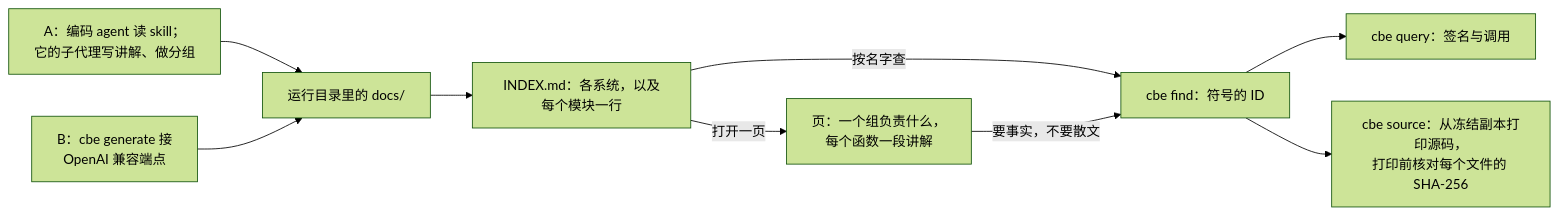
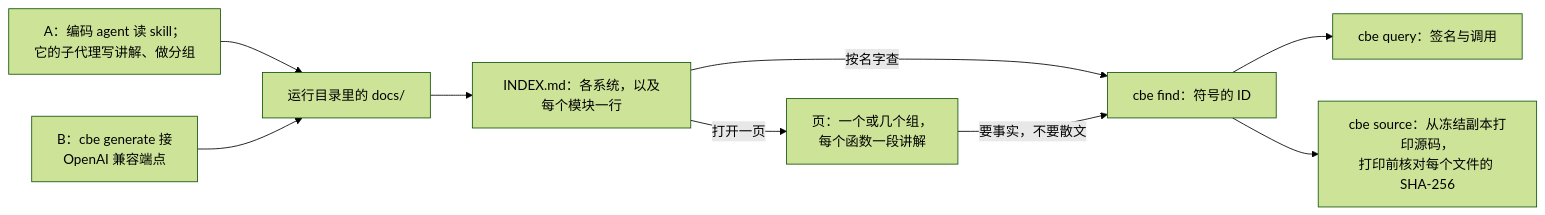
One commit to zlxdengtianhei/codebase-explorer changed the second of 2 diagrams in README.zh-CN.md. Above: the diagram before and after it, drawn with Mermaid (forest theme). The commit also changed 3 other files, not shown here.

First line of the commit message:
Note re-rendering older runs before verify; correct size-budget and diagram notes

````diff
--- a/README.zh-CN.md
+++ b/README.zh-CN.md
@@ -117,11 +117,11 @@
 ```mermaid
 flowchart LR
   A["A：编码 agent 读 skill；<br/>它的子代理写讲解、做分组"] --> D["运行目录里的 docs/"]
   B["B：cbe generate 接<br/>OpenAI 兼容端点"] --> D
   D --> I["INDEX.md：各系统，以及每个模块一行"]
-  I -->|"打开一页"| M["页：一个组负责什么，<br/>每个函数一段讲解"]
+  I -->|"打开一页"| M["页：一个或几个组，<br/>每个函数一段讲解"]
   I -->|"按名字查"| N["cbe find：符号的 ID"]
   M -->|"要事实，不要散文"| N
   N --> Q["cbe query：签名与调用"]
   N --> S["cbe source：从冻结副本打印源码，<br/>打印前核对每个文件的 SHA-256"]
 ```
````
